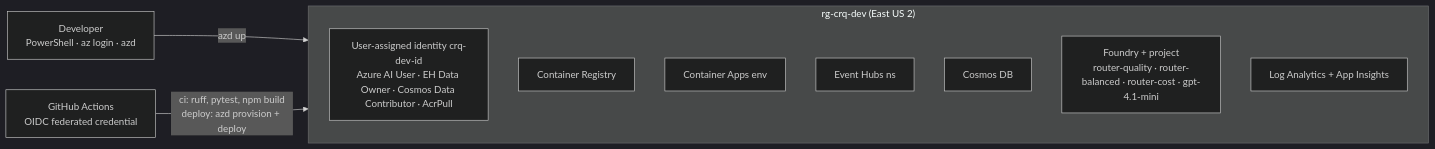
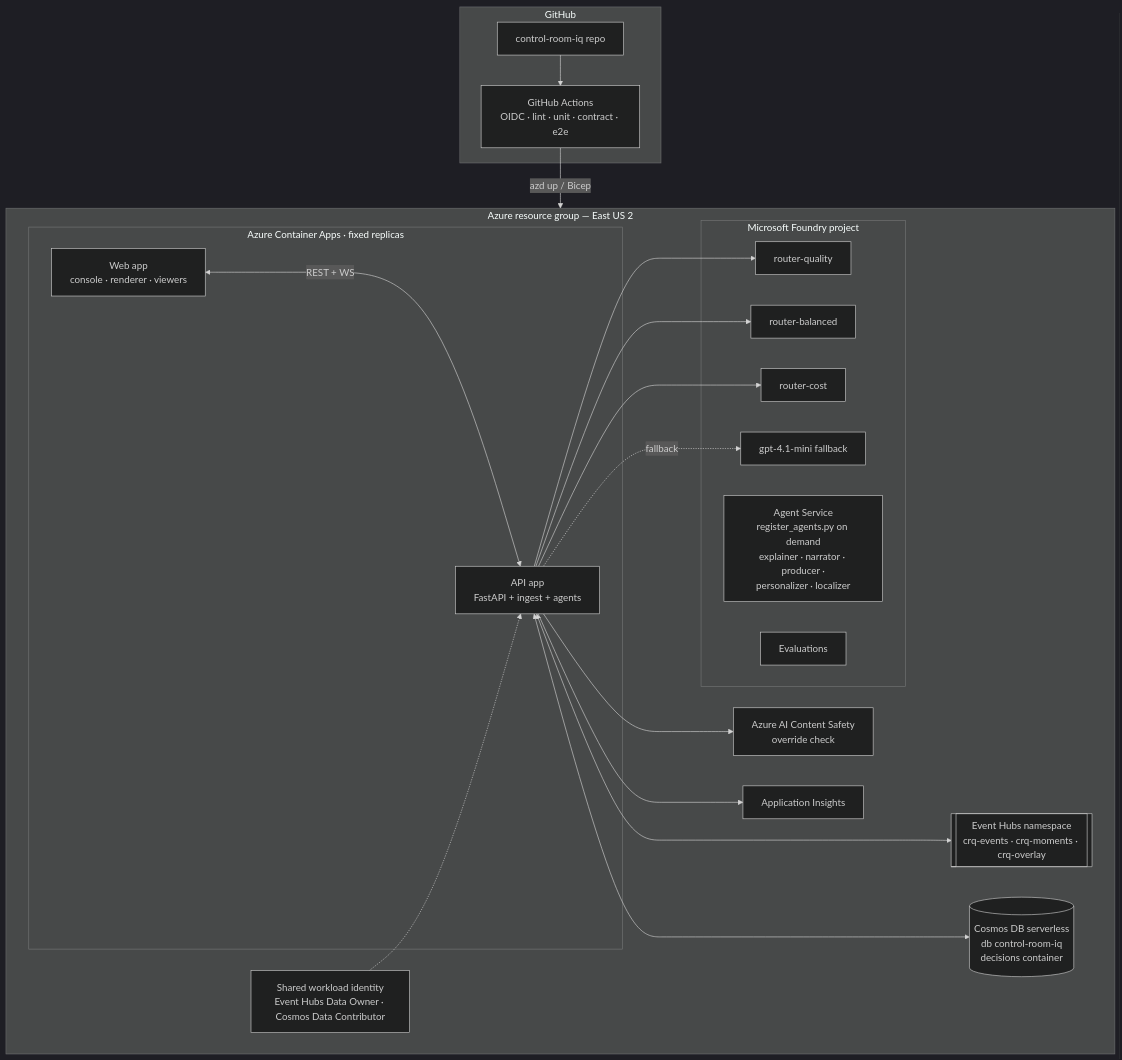
The eighth of 8 diagrams in docs/ARCHITECTURE.md (SwamiBB/control-room-iq), drawn with Mermaid (dark theme) before and after one commit. The commit also changed other lines of this file and 5 other files, not shown here.

````diff
--- a/docs/ARCHITECTURE.md
+++ b/docs/ARCHITECTURE.md
@@ -160,14 +389,36 @@
 ```mermaid
-flowchart LR
-    DEV[Developer<br/>PowerShell · az login · azd] -->|azd up| RG
-    GH[GitHub Actions<br/>OIDC federated credential] -->|ci: ruff, pytest, npm build<br/>deploy: azd provision + deploy| RG
-    subgraph RG["rg-crq-dev (East US 2)"]
-        ID[User-assigned identity crq-dev-id<br/>Azure AI User · EH Data Owner · Cosmos Data Contributor · AcrPull]
-        ACR[Container Registry]
-        CAE[Container Apps env]
-        EHNS[Event Hubs ns]
-        COSM[Cosmos DB]
-        FND[Foundry + project<br/>router-quality · router-balanced · router-cost · gpt-4.1-mini]
-        LOGS[Log Analytics + App Insights]
+flowchart TB
+  subgraph GH[GitHub]
+    REPO[control-room-iq repo] --> GHA[GitHub Actions<br/>OIDC · lint · unit · contract · e2e]
+  end
+  GHA -->|azd up / Bicep| RG
+
+  subgraph RG[Azure resource group — East US 2]
+    subgraph ACA[Azure Container Apps · fixed replicas]
+      APIAPP[API app<br/>FastAPI + ingest + agents]
+      WEBAPP[Web app<br/>console · renderer · viewers]
     end
+    EHN[[Event Hubs namespace<br/>crq-events · crq-moments · crq-overlay]]
+    COS[(Cosmos DB serverless<br/>db control-room-iq<br/>decisions container)]
+    CS[Azure AI Content Safety<br/>override check]
+    AI[Application Insights]
+    subgraph FDY[Microsoft Foundry project]
+      R1[router-quality]
+      R2[router-balanced]
+      R3[router-cost]
+      FB[gpt-4.1-mini fallback]
+      AS[Agent Service<br/>register_agents.py on demand<br/>explainer · narrator · producer ·<br/>personalizer · localizer]
+      EV[Evaluations]
+    end
+    MI[Shared workload identity<br/>Event Hubs Data Owner · Cosmos Data Contributor]
+  end
+
+  APIAPP <---> EHN
+  APIAPP <---> COS
+  APIAPP --> CS
+  APIAPP --> R1 & R2 & R3
+  APIAPP -.fallback.-> FB
+  APIAPP --> AI
+  WEBAPP <--->|REST + WS| APIAPP
+  MI -.-> APIAPP
 ```
````
